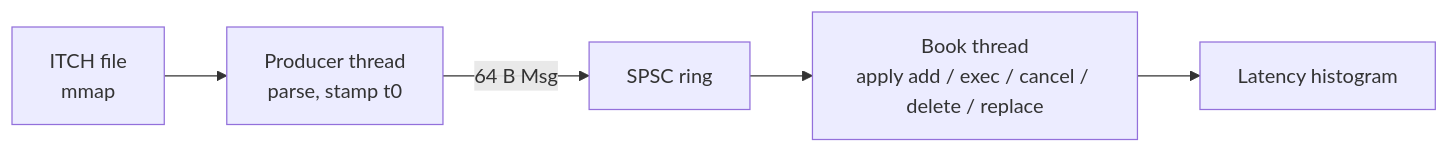
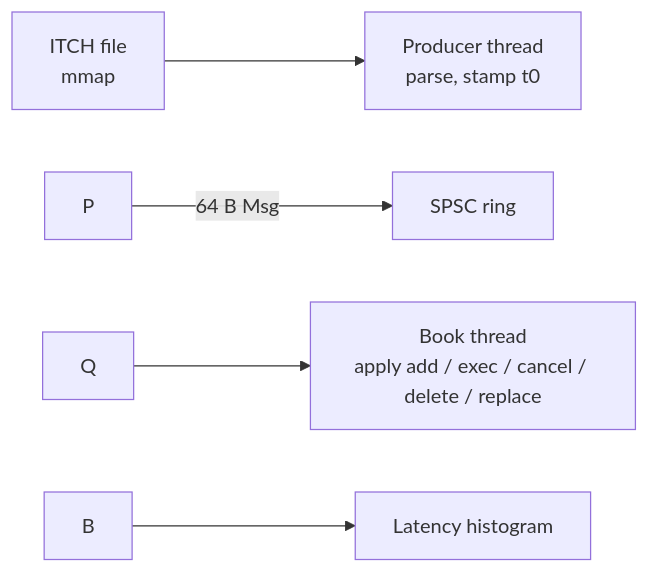
Before and after one commit to hriday-cpp/lowlat-md-pipeline: the diagram in README.md, drawn with Mermaid. The commit also changed other lines of this file, not shown here.

````diff
--- a/README.md
+++ b/README.md
@@ -5,7 +3,7 @@
 ```mermaid
 flowchart LR
-  F[ITCH file<br/>mmap] --> P[Producer thread<br/>parse, stamp t0]
-  P -->|64 B Msg| Q[SPSC ring]
-  Q --> B[Book thread<br/>apply add / exec / cancel / delete / replace]
-  B --> R[Latency histogram]
+  F\\\[ITCH file<br/>mmap] --> P\\\[Producer thread<br/>parse, stamp t0]
+  P -->|64 B Msg| Q\\\[SPSC ring]
+  Q --> B\\\[Book thread<br/>apply add / exec / cancel / delete / replace]
+  B --> R\\\[Latency histogram]
 ```
````
